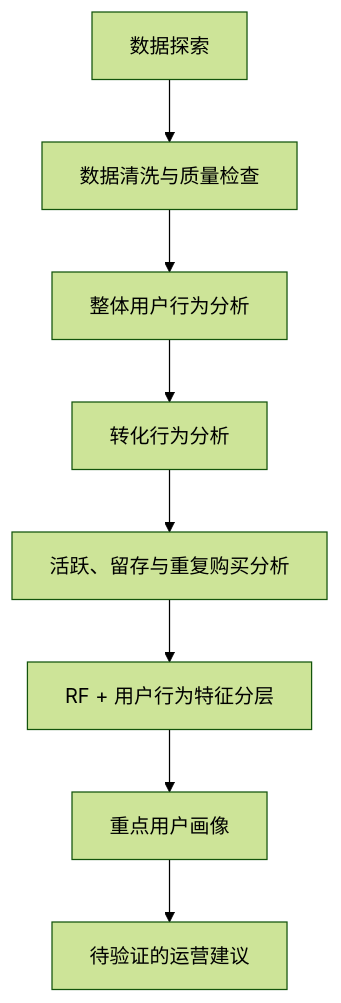
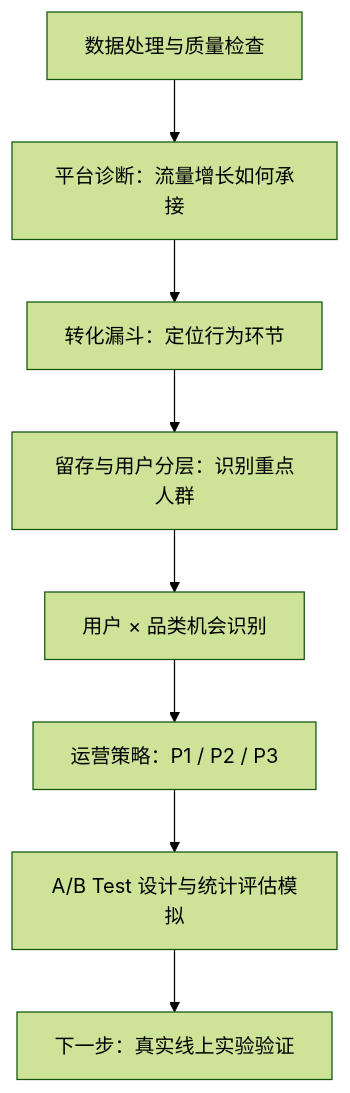
One commit to wuqi9424/ecommerce-user-behavior-analysis changed the diagram in README.md. Above: the diagram before and after it, drawn with Mermaid (forest theme). The commit also changed other lines of this file and 8 other files, not shown here.

````diff
--- a/README.md
+++ b/README.md
@@ -28,10 +30,10 @@
 ```mermaid
 flowchart TD
-    A[数据探索] --> B[数据清洗与质量检查]
-    B --> C[整体用户行为分析]
-    C --> D[转化行为分析]
-    D --> E[活跃、留存与重复购买分析]
-    E --> F[RF + 用户行为特征分层]
-    F --> G[重点用户画像]
-    G --> H[待验证的运营建议]
+    A[数据处理与质量检查] --> B[平台诊断：流量增长如何承接]
+    B --> C[转化漏斗：定位行为环节]
+    C --> D[留存与用户分层：识别重点人群]
+    D --> E[用户 × 品类机会识别]
+    E --> F[运营策略：P1 / P2 / P3]
+    F --> G[A/B Test 设计与统计评估模拟]
+    G --> H[下一步：真实线上实验验证]
 ```
````
